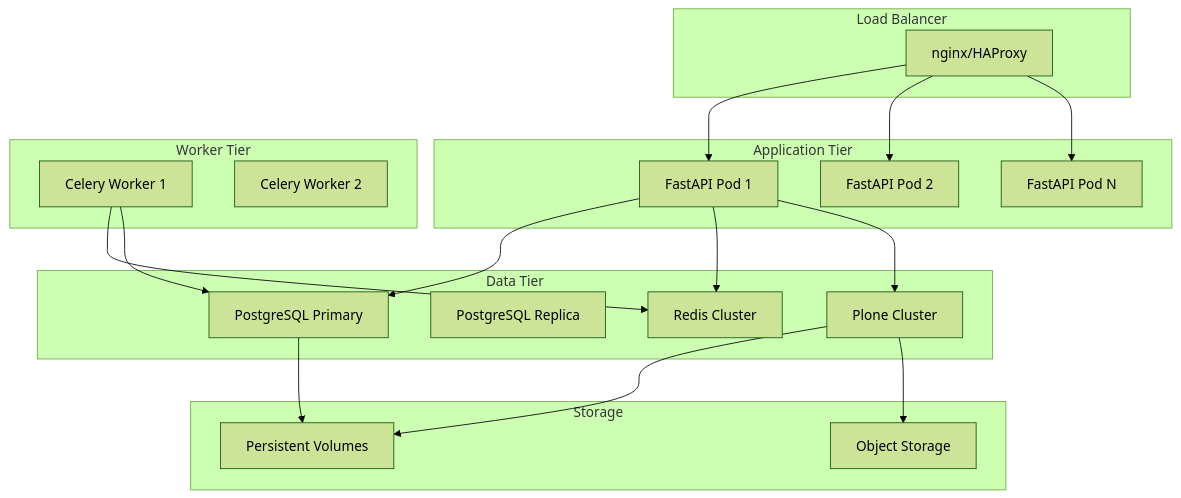
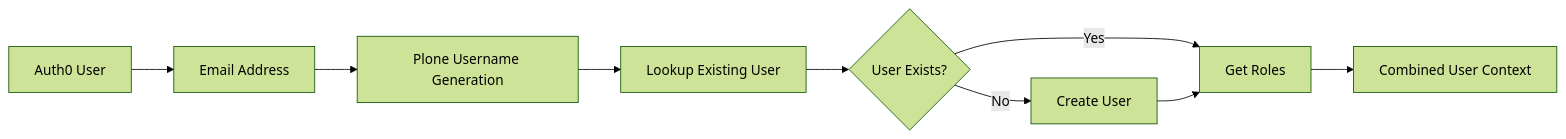
One commit to ryanmosz/eduhub changed the fourth of 4 diagrams in docs/architecture/system-architecture.md. Above: the diagram before and after it, drawn with Mermaid (forest theme). The commit also changed other lines of this file and 7 other files, not shown here.

````diff
--- a/docs/architecture/system-architecture.md
+++ b/docs/architecture/system-architecture.md
@@ -501,44 +210,11 @@
 ```mermaid
-graph TB
-    subgraph "Load Balancer"
-        A[nginx/HAProxy]
-    end
-
-    subgraph "Application Tier"
-        B[FastAPI Pod 1]
-        C[FastAPI Pod 2]
-        D[FastAPI Pod N]
-    end
-
-    subgraph "Worker Tier"
-        E[Celery Worker 1]
-        F[Celery Worker 2]
-    end
-
-    subgraph "Data Tier"
-        G[PostgreSQL Primary]
-        H[PostgreSQL Replica]
-        I[Redis Cluster]
-        J[Plone Cluster]
-    end
-
-    subgraph "Storage"
-        K[Persistent Volumes]
-        L[Object Storage]
-    end
-
-    A --> B
-    A --> C
-    A --> D
-
-    B --> G
-    B --> I
-    B --> J
-
-    E --> I
-    E --> G
-
-    G --> K
-    J --> K
-    J --> L
+graph LR
+    A[Auth0 User] --> B[Email Address]
+    B --> C[Plone Username Generation]
+    C --> D[Lookup Existing User]
+    D --> E{User Exists?}
+    E -->|Yes| F[Get Roles]
+    E -->|No| G[Create User]
+    G --> F
+    F --> H[Combined User Context]
 ```
````
